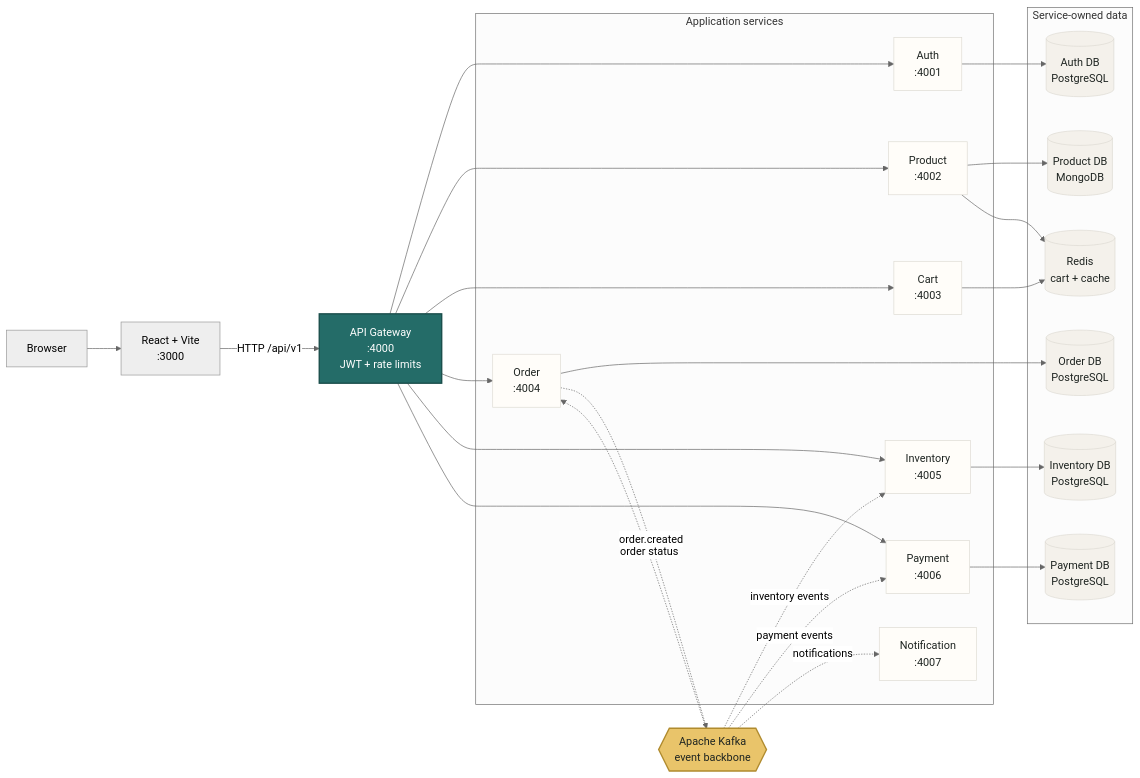
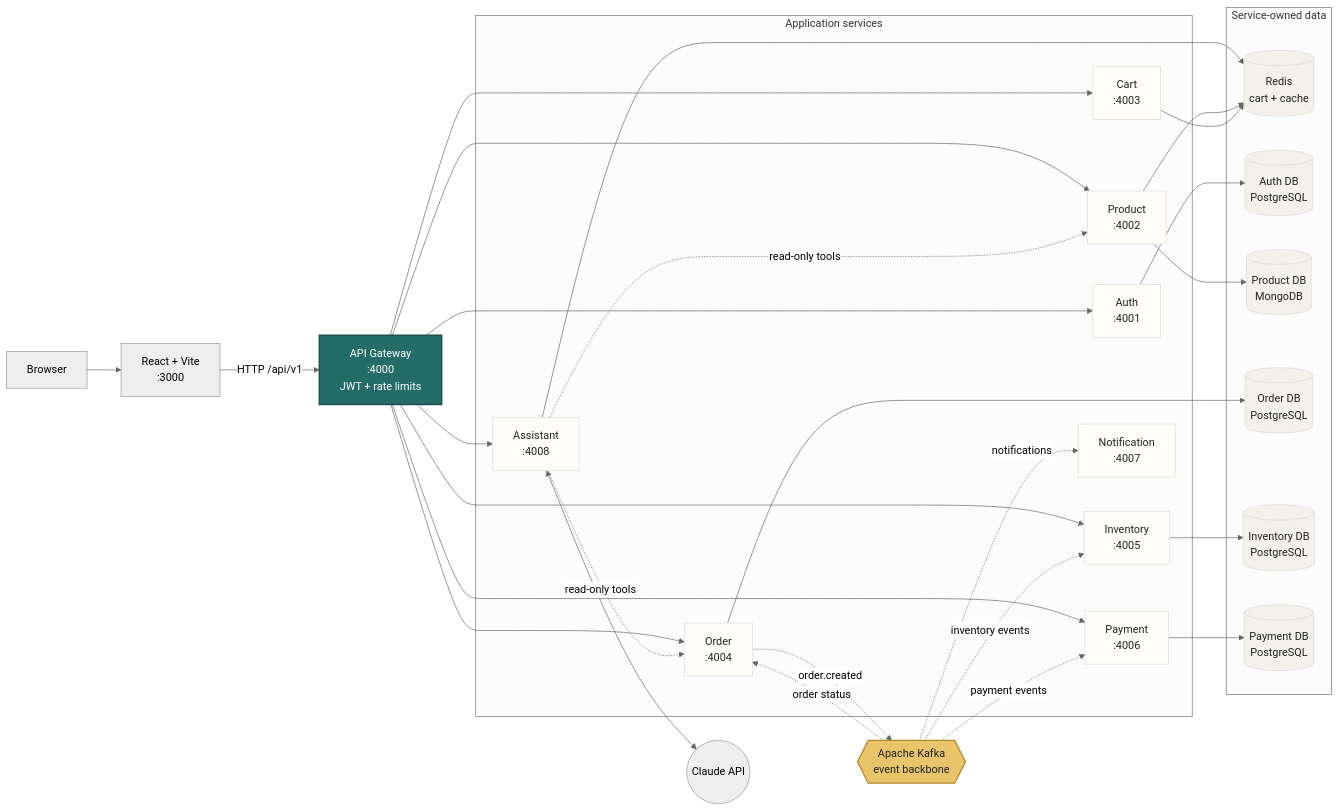
Before and after one commit to RVicky172/ECom_Microservices: the diagram in README.md, drawn with Mermaid (neutral theme). The commit also changed other lines of this file and 150 other files, not shown here.

````diff
--- a/README.md
+++ b/README.md
@@ -11,55 +11,61 @@
 ```mermaid
 flowchart LR
    browser["Browser"] --> frontend["React + Vite<br/>:3000"]
    frontend -->|HTTP /api/v1| gateway["API Gateway<br/>:4000<br/>JWT + rate limits"]
 
    subgraph services[Application services]
       auth["Auth<br/>:4001"]
       product["Product<br/>:4002"]
       cart["Cart<br/>:4003"]
       order["Order<br/>:4004"]
       inventory["Inventory<br/>:4005"]
       payment["Payment<br/>:4006"]
       notification["Notification<br/>:4007"]
+      assistant["Assistant<br/>:4008"]
    end
 
    gateway --> auth
    gateway --> product
    gateway --> cart
    gateway --> order
    gateway --> inventory
    gateway --> payment
+   gateway --> assistant
+   assistant -. "read-only tools" .-> product
+   assistant -. "read-only tools" .-> order
+   assistant --> redis
+   assistant <--> claude(("Claude API"))
 
    subgraph data[Service-owned data]
       authdb[(Auth DB<br/>PostgreSQL)]
       productdb[(Product DB<br/>MongoDB)]
       orderdb[(Order DB<br/>PostgreSQL)]
       inventorydb[(Inventory DB<br/>PostgreSQL)]
       paymentdb[(Payment DB<br/>PostgreSQL)]
       redis[(Redis<br/>cart + cache)]
    end
 
    auth --> authdb
    product --> productdb
    product --> redis
    cart --> redis
    order --> orderdb
    inventory --> inventorydb
    payment --> paymentdb
 
    kafka{{"Apache Kafka<br/>event backbone"}}
    order -. "order.created" .-> kafka
    kafka -. "inventory events" .-> inventory
    kafka -. "payment events" .-> payment
    kafka -. "order status" .-> order
    kafka -. "notifications" .-> notification
 
    classDef edge fill:#246c68,color:#fff,stroke:#194d4a,stroke-width:2px
    classDef service fill:#fffdf9,color:#1e2421,stroke:#dedbd3
    classDef data fill:#f4f1eb,color:#1e2421,stroke:#dedbd3
    classDef event fill:#e9c46a,color:#1e2421,stroke:#b08b2e,stroke-width:2px
    class gateway edge
-   class auth,product,cart,order,inventory,payment,notification service
+   class auth,product,cart,order,inventory,payment,notification,assistant service
    class authdb,productdb,orderdb,inventorydb,paymentdb,redis data
    class kafka event
 ```
````
